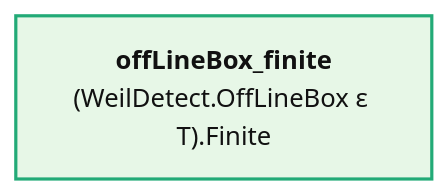
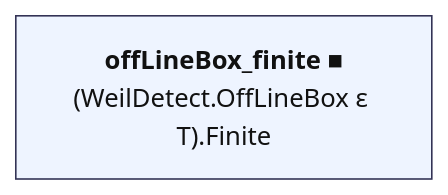
The diagram in map/lean_stage3/BoxFinite.md (juliansambranojr/Primebeat_081426), drawn with Mermaid before and after one commit. The commit also changed other lines of this file and 398 other files, not shown here.

````diff
--- a/map/lean_stage3/BoxFinite.md
+++ b/map/lean_stage3/BoxFinite.md
@@ -12,9 +12,12 @@
 ```mermaid
 flowchart LR
-  n0["<b>offLineBox_finite</b><br/>(WeilDetect.OffLineBox ε T).Finite"]:::end_
+  n0["<b>offLineBox_finite ■</b><br/>(WeilDetect.OffLineBox ε T).Finite"]:::thm
+  classDef cnt fill:#dff5ec,stroke:#17694a,color:#111
+  classDef shp fill:#f1ecfb,stroke:#5b3fa0,color:#111
+  classDef rh fill:#ffe5e5,stroke:#c22,color:#111,stroke-width:2px
   classDef thm fill:#eef4ff,stroke:#335,color:#111
   classDef end_ fill:#e7f7e7,stroke:#2a7,color:#111,stroke-width:2px
   classDef lone fill:#fff,stroke:#999,color:#111,stroke-dasharray:4 3
   classDef bad fill:#ffe5e5,stroke:#c22,color:#111,stroke-width:2px
   classDef ext fill:#fff8e1,stroke:#b80,color:#111
 ```
````
